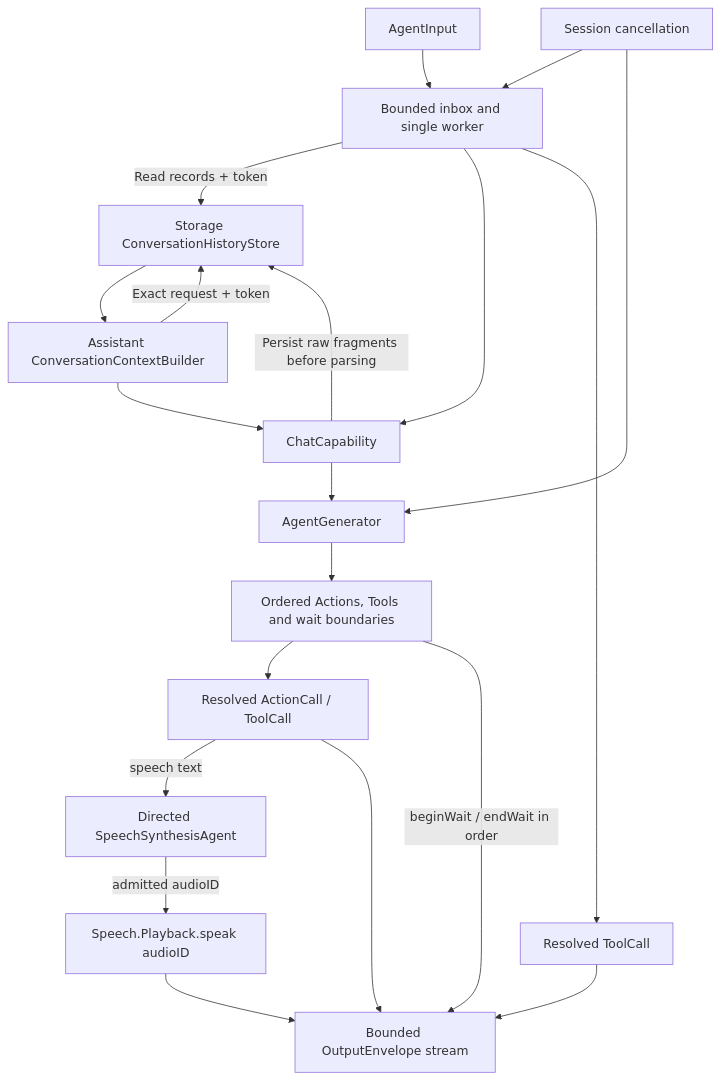
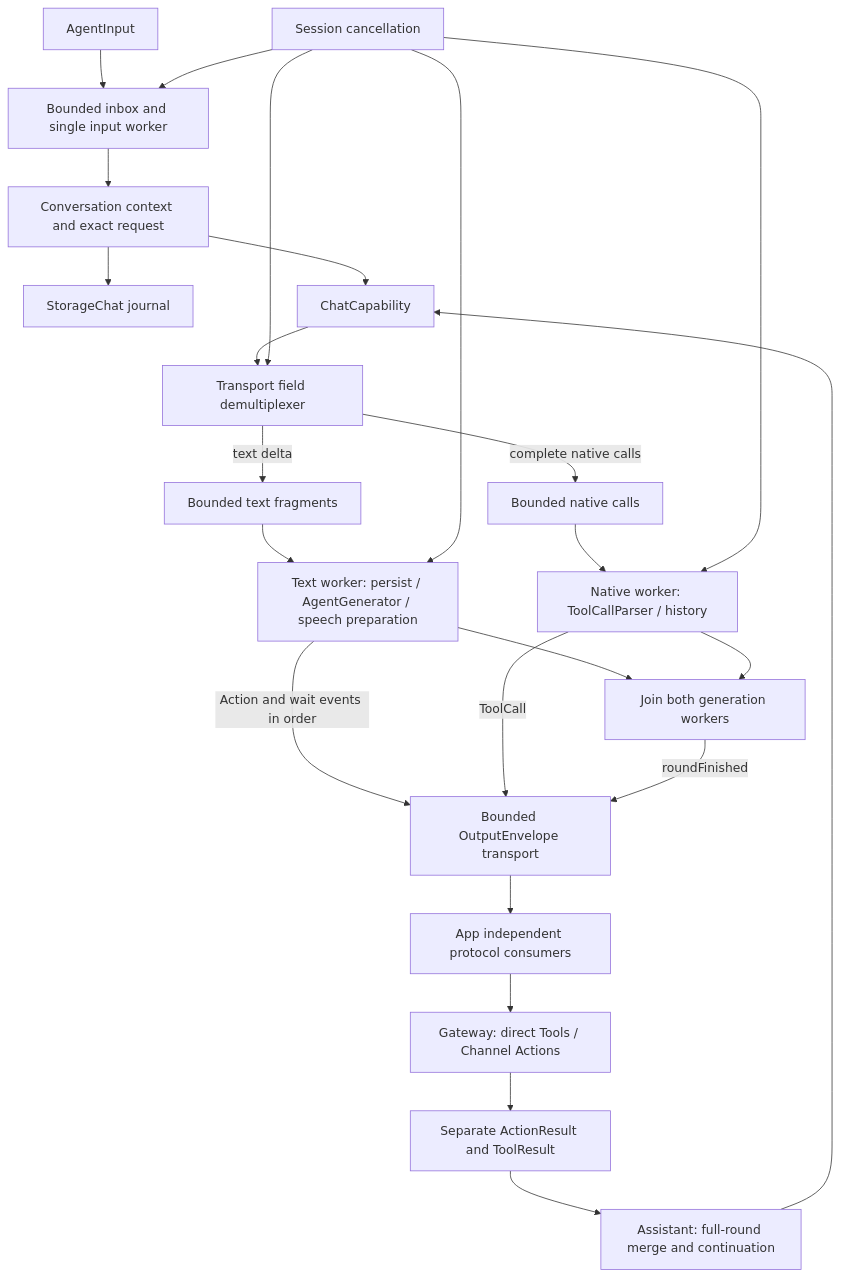
One commit to devilyouwei/MobileHarness changed the first of 5 diagrams in MobileHarness/Agents/Assistant/README.md. Above: the diagram before and after it, drawn with Mermaid. The commit also changed other lines of this file and 135 other files, not shown here.

Commit message:
Implement independent agent execution rounds and photo workflows

````diff
--- a/MobileHarness/Agents/Assistant/README.md
+++ b/MobileHarness/Agents/Assistant/README.md
@@ -15,22 +15,26 @@
 ```mermaid
 flowchart TD
-    Input[AgentInput] --> Queue[Bounded inbox and single worker]
-    Queue -->|Read records + token| History[Storage ConversationHistoryStore]
-    History --> Builder[Assistant ConversationContextBuilder]
-    Builder -->|Exact request + token| History
+    Input[AgentInput] --> Queue[Bounded inbox and single input worker]
+    Queue --> Builder[Conversation context and exact request]
+    Builder --> History[StorageChat journal]
     Builder --> Model[ChatCapability]
-    Queue --> Model
-    Model -->|Persist raw fragments before parsing| History
-    Model --> Parser[AgentGenerator]
-    Parser --> Events[Ordered Actions, Tools and wait boundaries]
-    Events --> Calls[Resolved ActionCall / ToolCall]
-    Events -->|beginWait / endWait in order| Stream
-    Calls -->|speech text| Synthesis[Directed SpeechSynthesisAgent]
-    Synthesis -->|admitted audioID| Playback[Speech.Playback.speak audioID]
-    Playback --> Stream
-    Queue --> Tool[Resolved ToolCall]
-    Calls --> Stream[Bounded OutputEnvelope stream]
-    Tool --> Stream
+    Model --> Reader[Transport field demultiplexer]
+    Reader -->|text delta| TextQueue[Bounded text fragments]
+    TextQueue --> Text[Text worker: persist / AgentGenerator / speech preparation]
+    Text -->|Action and wait events in order| Stream[Bounded OutputEnvelope transport]
+    Reader -->|complete native calls| NativeQueue[Bounded native calls]
+    NativeQueue --> Native[Native worker: ToolCallParser / history]
+    Native -->|ToolCall| Stream
+    Text --> Join[Join both generation workers]
+    Native --> Join
+    Join -->|roundFinished| Stream
+    Stream --> App[App independent protocol consumers]
+    App --> Gateway[Gateway: direct Tools / Channel Actions]
+    Gateway --> Feedback[Separate ActionResult and ToolResult]
+    Feedback --> Merge[Assistant: full-round merge and continuation]
+    Merge --> Model
     Cancel[Session cancellation] --> Queue
-    Cancel --> Parser
+    Cancel --> Reader
+    Cancel --> Text
+    Cancel --> Native
 ```
````
